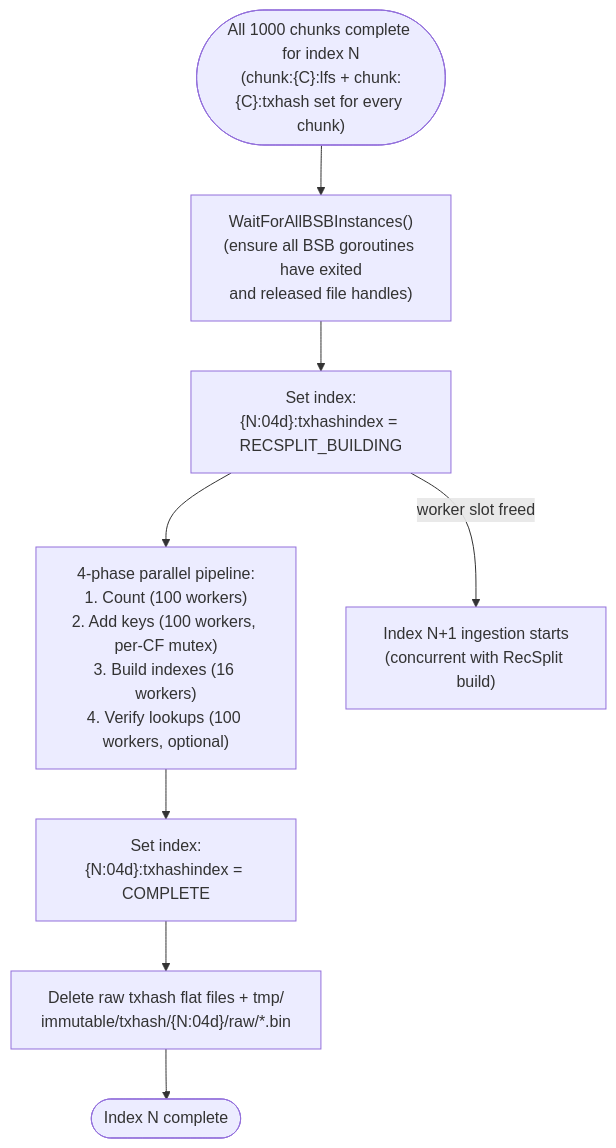
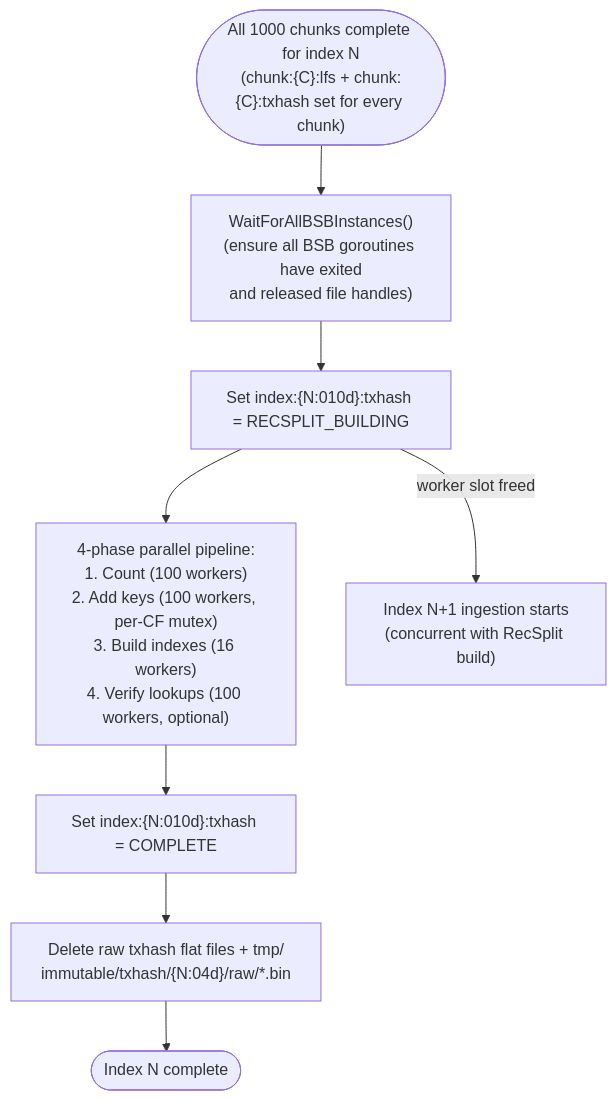
The ninth of 12 diagrams in full-history/design-docs/01-architecture-overview.md (stellar/stellar-rpc), drawn with Mermaid before and after one commit. The commit also changed other lines of this file and 34 other files, not shown here.

Commit message:
refactor: align with PR #617 review — index:%010d:txhash key, chunks_per_txhash_index config

````diff
--- a/full-history/design-docs/01-architecture-overview.md
+++ b/full-history/design-docs/01-architecture-overview.md
@@ -232,11 +232,11 @@
 ```mermaid
 flowchart TD
     DONE1000(["All 1000 chunks complete for index N<br/>(chunk:{C}:lfs + chunk:{C}:txhash set for every chunk)"]) --> BARRIER["WaitForAllBSBInstances()<br/>(ensure all BSB goroutines have exited<br/>and released file handles)"]
-    BARRIER --> SET_RS["Set index:{N:04d}:txhashindex = RECSPLIT_BUILDING"]
+    BARRIER --> SET_RS["Set index:{N:010d}:txhash = RECSPLIT_BUILDING"]
     SET_RS --> BUILD_CFS["4-phase parallel pipeline:<br/>1. Count (100 workers)<br/>2. Add keys (100 workers, per-CF mutex)<br/>3. Build indexes (16 workers)<br/>4. Verify lookups (100 workers, optional)"]
-    BUILD_CFS --> RS_COMPLETE["Set index:{N:04d}:txhashindex = COMPLETE"]
+    BUILD_CFS --> RS_COMPLETE["Set index:{N:010d}:txhash = COMPLETE"]
     RS_COMPLETE --> DELETE_RAW["Delete raw txhash flat files + tmp/<br/>immutable/txhash/{N:04d}/raw/*.bin"]
     DELETE_RAW --> INDEX_DONE(["Index N complete"])
 
     SET_RS -->|"worker slot freed"| INGEST_NEXT["Index N+1 ingestion starts<br/>(concurrent with RecSplit build)"]
 ```
````
